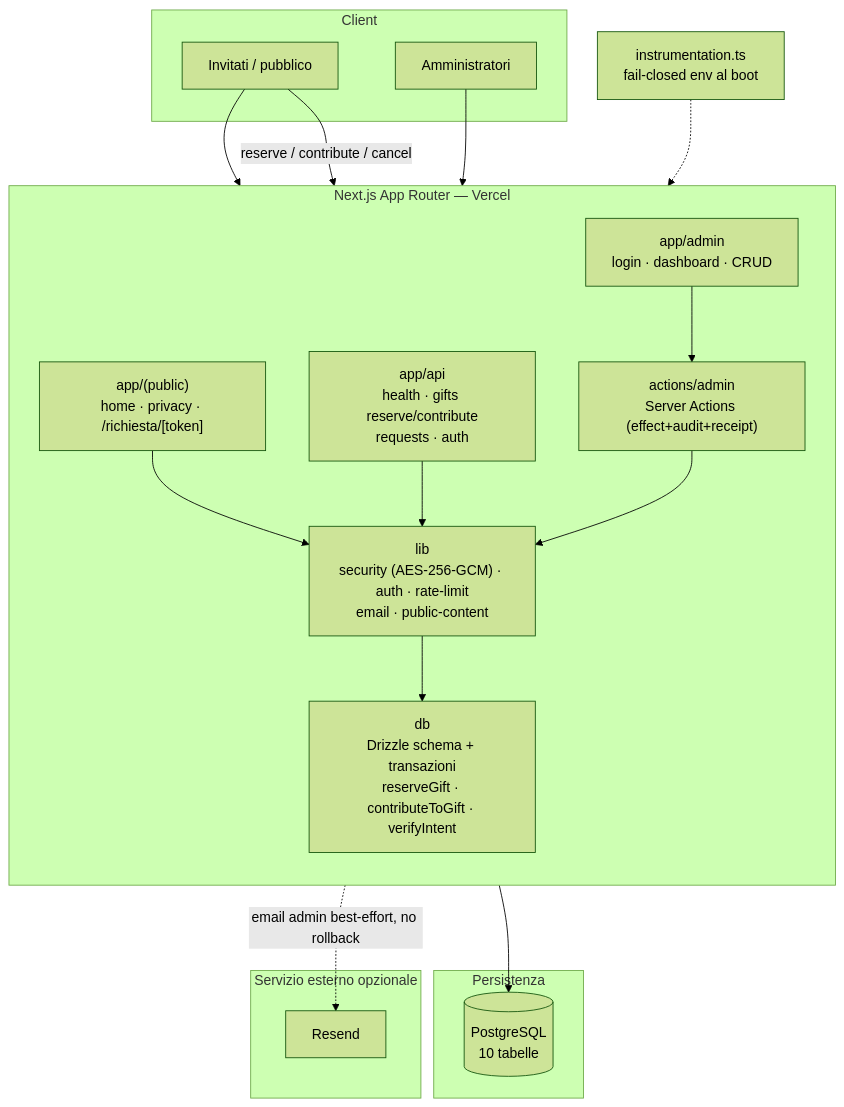
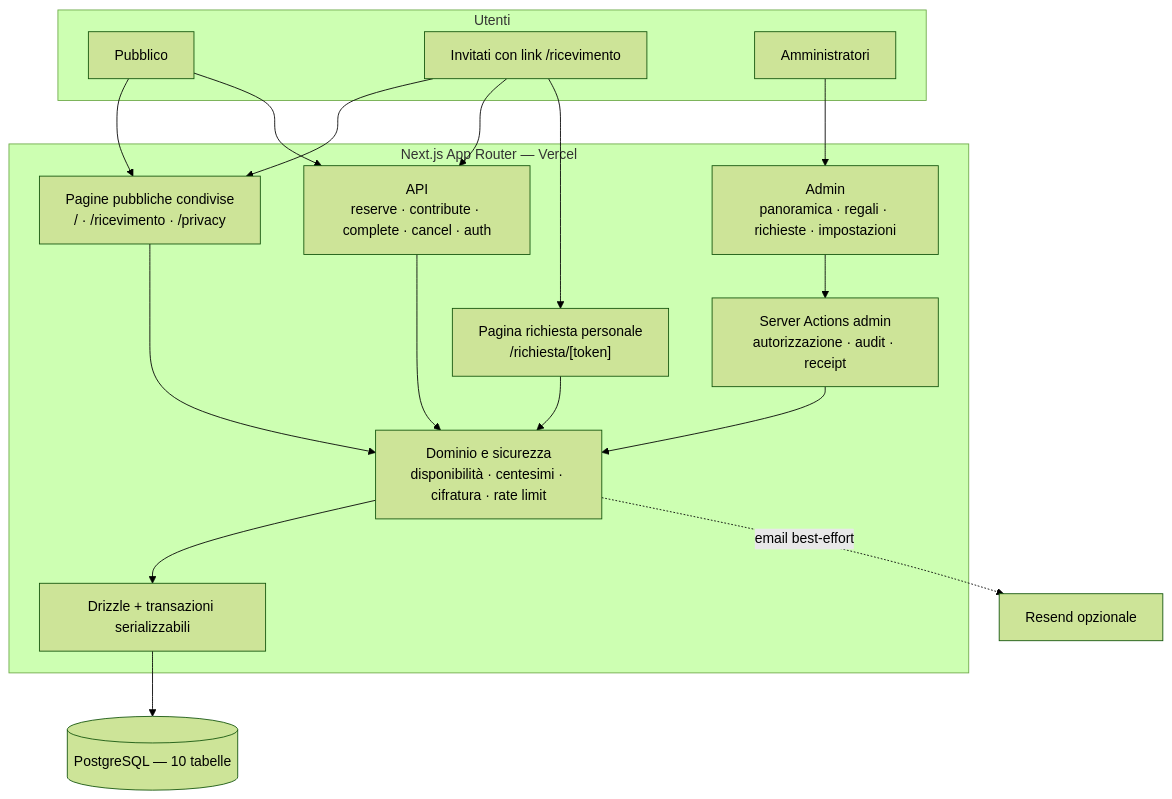
Before and after one commit to gabrielesanticchi/giuliaegabriele.love: the first of 2 diagrams in README.md, drawn with Mermaid (forest theme). The commit also changed other lines of this file and 5 other files, not shown here.

Commit message:
docs: align documentation with current architecture

````diff
--- a/README.md
+++ b/README.md
@@ -134,38 +161,36 @@
 ```mermaid
 flowchart TB
-  subgraph client["Client"]
-    G["Invitati / pubblico"]
-    ADMU["Amministratori"]
+  subgraph users["Utenti"]
+    PUB["Pubblico"]
+    INV["Invitati con link /ricevimento"]
+    ADMUSR["Amministratori"]
   end
 
-  subgraph next["Next.js App Router — Vercel"]
-    direction TB
-    PUB["app/(public)<br/>home · privacy · /richiesta/[token]"]
-    ADM["app/admin<br/>login · dashboard · CRUD"]
-    API["app/api<br/>health · gifts reserve/contribute<br/>requests · auth"]
-    SA["actions/admin<br/>Server Actions (effect+audit+receipt)"]
-    LIB["lib<br/>security (AES-256-GCM) · auth · rate-limit<br/>email · public-content"]
-    DBX["db<br/>Drizzle schema + transazioni<br/>reserveGift · contributeToGift · verifyIntent"]
+  subgraph app["Next.js App Router — Vercel"]
+    PAGES["Pagine pubbliche condivise<br/>/ · /ricevimento · /privacy"]
+    GUEST["Pagina richiesta personale<br/>/richiesta/[token]"]
+    ADMIN["Admin<br/>panoramica · regali · richieste · impostazioni"]
+    API["API<br/>reserve · contribute · complete · cancel · auth"]
+    ACTIONS["Server Actions admin<br/>autorizzazione · audit · receipt"]
+    DOMAIN["Dominio e sicurezza<br/>disponibilità · centesimi · cifratura · rate limit"]
+    DBTX["Drizzle + transazioni serializzabili"]
   end
 
-  subgraph data["Persistenza"]
-    PG[("PostgreSQL<br/>10 tabelle")]
-  end
+  PG[("PostgreSQL — 10 tabelle")]
+  RESEND["Resend opzionale"]
 
-  subgraph ext["Servizio esterno opzionale"]
-    RESEND["Resend"]
-  end
-
-  G --> PUB
-  G -->|reserve / contribute / cancel| API
-  ADMU --> ADM
-  ADM --> SA
-  PUB --> LIB
-  API --> LIB
-  SA --> LIB
-  LIB --> DBX
-  DBX --> PG
-  LIB -.->|email admin best-effort, no rollback| RESEND
-
-  instr["instrumentation.ts<br/>fail-closed env al boot"] -.-> next
+  PUB --> PAGES
+  INV --> PAGES
+  PUB --> API
+  INV --> API
+  INV --> GUEST
+  ADMUSR --> ADMIN
+  ADMIN --> ACTIONS
+  PAGES --> DOMAIN
+  GUEST --> DOMAIN
+  API --> DOMAIN
+  ACTIONS --> DOMAIN
+  DOMAIN --> DBTX
+  DBTX --> PG
+  DOMAIN -. "email best-effort" .-> RESEND
 ```
````
